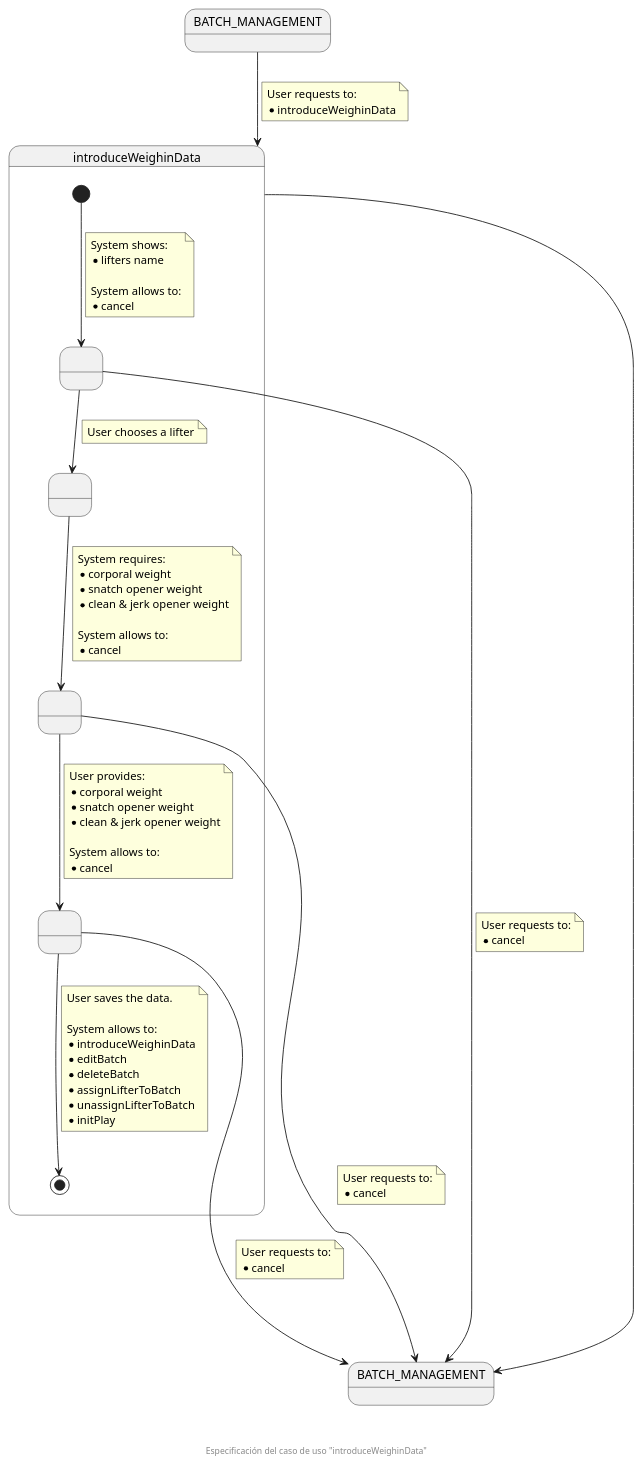
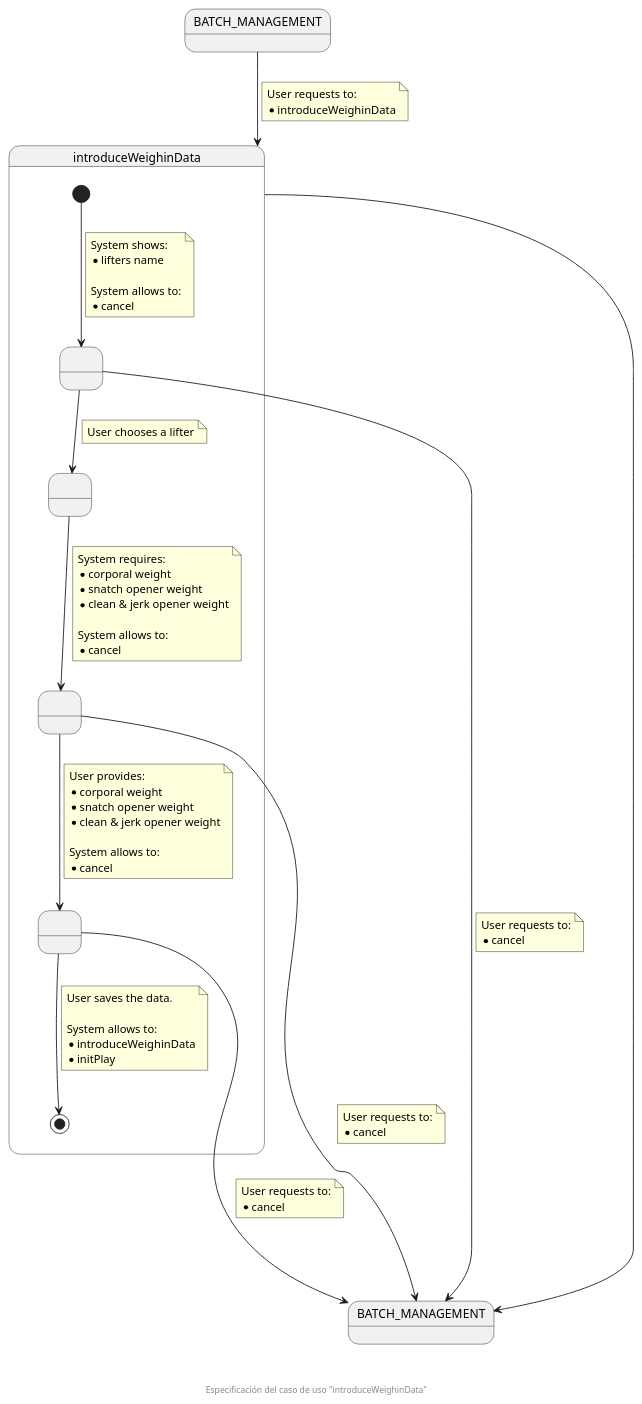
Before and after one commit to zuldare/mastercloud_pfm_halterocms: the diagram in documentation/diagrams/1_requirements/3_useCasesSpecification/competitionSecretary/01_introduceWeighinData.puml, drawn with PlantUML.

Commit message:
Fix next steps annotation

```diff
--- a/documentation/diagrams/1_requirements/3_useCasesSpecification/competitionSecretary/01_introduceWeighinData.puml
+++ b/documentation/diagrams/1_requirements/3_useCasesSpecification/competitionSecretary/01_introduceWeighinData.puml
@@ -1,87 +1,83 @@
 @startuml
 state BATCH_MANAGEMENT
 state "BATCH_MANAGEMENT" as BATCH_MANAGEMENT_F
 state introduceWeighinData {
   state " " as SHOWED_LIFTERS
   state " " as CHOSEN_LIFTER
   state " " as REQUIRED_DATA
   state " " as PROVIDED_DATA
 
   [*] --> SHOWED_LIFTERS
   note on link
     System shows:
     * lifters name
 
     System allows to:
     * cancel
   end note
   
   SHOWED_LIFTERS --> CHOSEN_LIFTER
   note on link
     User chooses a lifter
   end note
 
   SHOWED_LIFTERS -down-> BATCH_MANAGEMENT_F
   note on link
     User requests to:
     * cancel
   end note
 
   CHOSEN_LIFTER --> REQUIRED_DATA
   note on link
     System requires:
     * corporal weight
     * snatch opener weight
     * clean & jerk opener weight
 
     System allows to:
     * cancel
   end note
 
   REQUIRED_DATA -down---> BATCH_MANAGEMENT_F
   note on link
     User requests to:
     * cancel
   end note
 
   REQUIRED_DATA --> PROVIDED_DATA
   note on link
     User provides:
     * corporal weight
     * snatch opener weight
     * clean & jerk opener weight
 
     System allows to:
     * cancel
   end note
 
   PROVIDED_DATA --> [*]
   note on link
     User saves the data.
 
     System allows to:
     * introduceWeighinData
-    * editBatch
-    * deleteBatch
-    * assignLifterToBatch
-    * unassignLifterToBatch
     * initPlay
   end note
 
   PROVIDED_DATA -down---> BATCH_MANAGEMENT_F
   note on link
     User requests to:
     * cancel
   end note
 }
 
 BATCH_MANAGEMENT --> introduceWeighinData
 note on link
   User requests to:
   * introduceWeighinData
 end note
 
 introduceWeighinData ------> BATCH_MANAGEMENT_F
 
 footer \n\n\n Especificación del caso de uso "introduceWeighinData"
 @enduml
```
